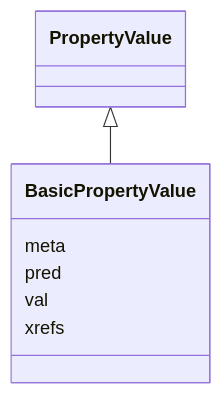
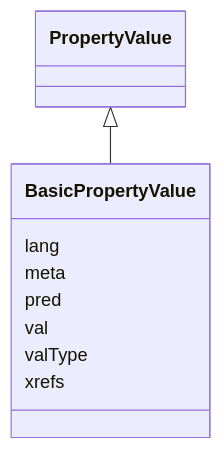
One commit to INCATools/ontology-access-kit changed the diagram in obograph/BasicPropertyValue.md. Above: the diagram before and after it, drawn with Mermaid. The commit also changed other lines of this file and 697 other files, not shown here.

````diff
--- a/obograph/BasicPropertyValue.md
+++ b/obograph/BasicPropertyValue.md
@@ -11,11 +11,13 @@
 ```{mermaid}
  classDiagram
     class BasicPropertyValue
       PropertyValue <|-- BasicPropertyValue
       
+      BasicPropertyValue : lang
       BasicPropertyValue : meta
       BasicPropertyValue : pred
       BasicPropertyValue : val
+      BasicPropertyValue : valType
       BasicPropertyValue : xrefs
       
 ```
````
